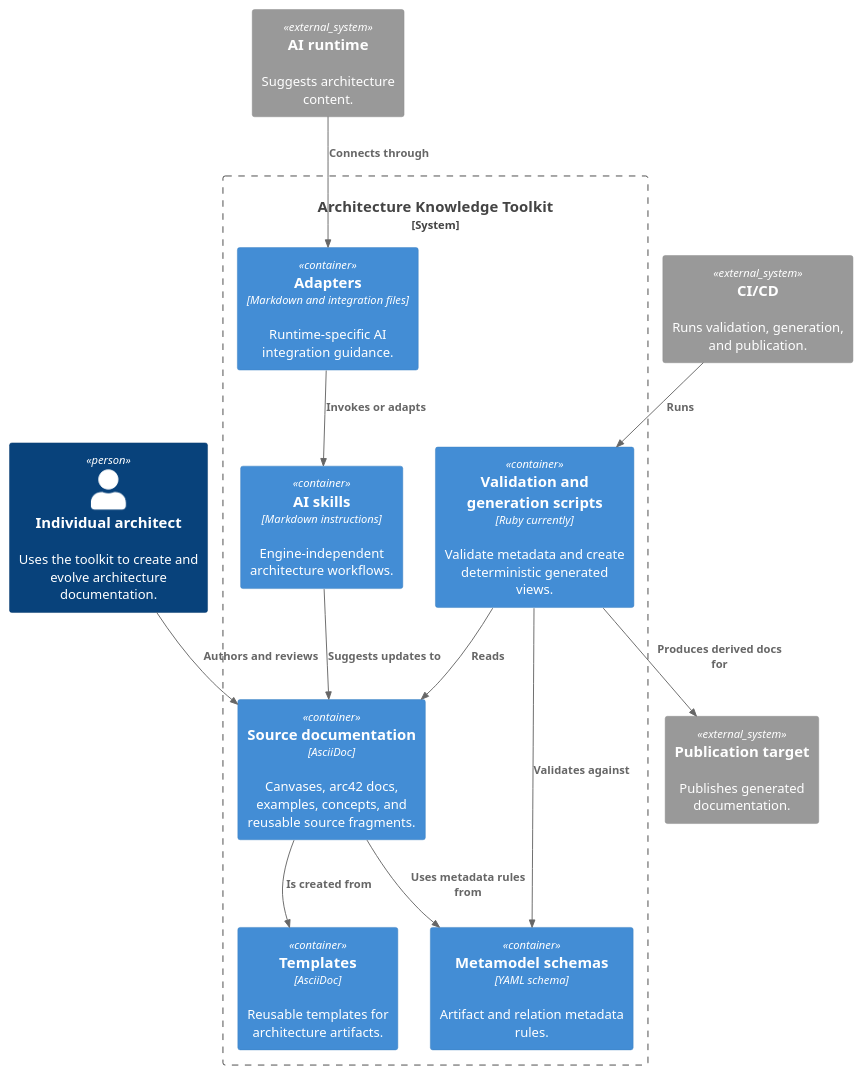
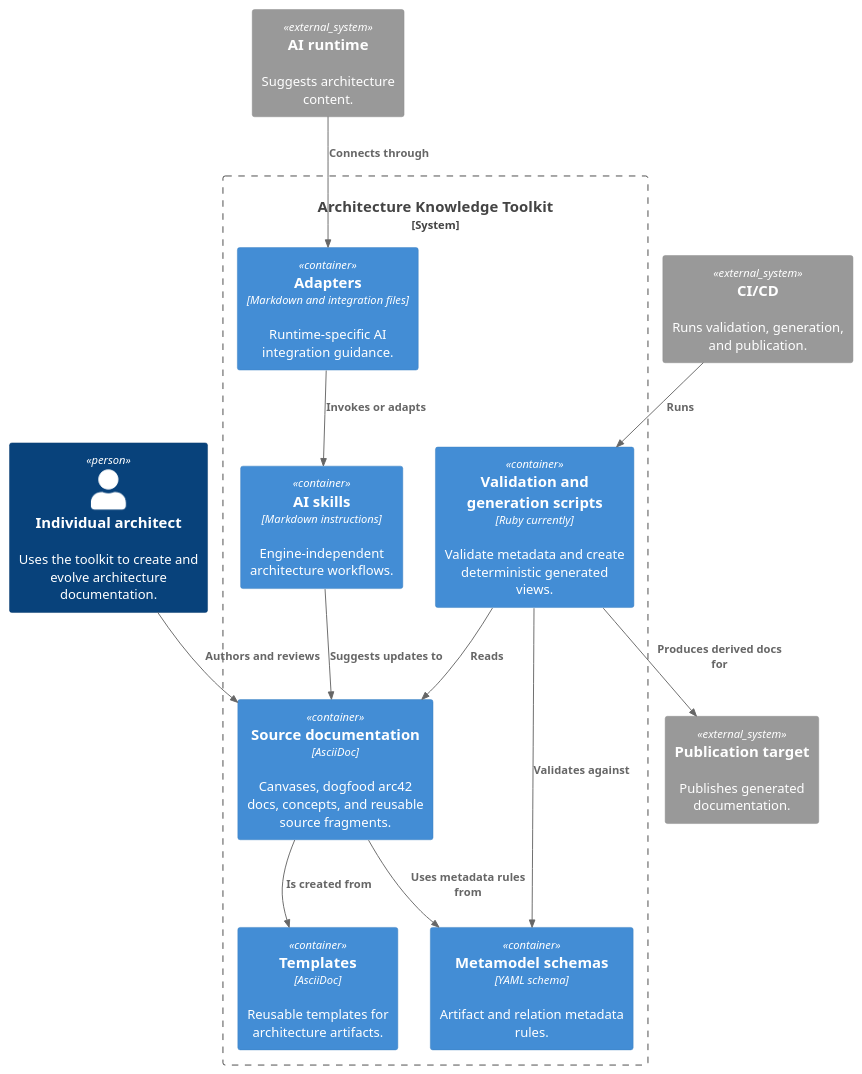
The diagram in src/docs/arc42/05-building-block-view/level-1.adoc (docs-as-code-toolkit/architecture-knowledge-toolkit), drawn with PlantUML before and after one commit. The commit also changed other lines of this file and 22 other files, not shown here.

Commit message:
Example exchanged with own arc42 doc as dogfood (example)

```diff
--- a/src/docs/arc42/05-building-block-view/level-1.adoc
+++ b/src/docs/arc42/05-building-block-view/level-1.adoc
@@ -24,30 +24,30 @@
 [plantuml,arc42-building-block-level-1,svg]
 ----
 @startuml
 !include <C4/C4_Container>
 
 Person(architect, "Individual architect", "Uses the toolkit to create and evolve architecture documentation.")
 System_Boundary(toolkit, "Architecture Knowledge Toolkit") {
-  Container(sourceDocs, "Source documentation", "AsciiDoc", "Canvases, arc42 docs, examples, concepts, and reusable source fragments.")
+  Container(sourceDocs, "Source documentation", "AsciiDoc", "Canvases, dogfood arc42 docs, concepts, and reusable source fragments.")
   Container(metamodel, "Metamodel schemas", "YAML schema", "Artifact and relation metadata rules.")
   Container(templates, "Templates", "AsciiDoc", "Reusable templates for architecture artifacts.")
   Container(skills, "AI skills", "Markdown instructions", "Engine-independent architecture workflows.")
   Container(scripts, "Validation and generation scripts", "Ruby currently", "Validate metadata and create deterministic generated views.")
   Container(adapters, "Adapters", "Markdown and integration files", "Runtime-specific AI integration guidance.")
 }
 System_Ext(aiRuntime, "AI runtime", "Suggests architecture content.")
 System_Ext(ci, "CI/CD", "Runs validation, generation, and publication.")
 System_Ext(publishing, "Publication target", "Publishes generated documentation.")
 
 Rel(architect, sourceDocs, "Authors and reviews")
 Rel(sourceDocs, metamodel, "Uses metadata rules from")
 Rel(sourceDocs, templates, "Is created from")
 Rel(skills, sourceDocs, "Suggests updates to")
 Rel(adapters, skills, "Invokes or adapts")
 Rel(scripts, sourceDocs, "Reads")
 Rel(scripts, metamodel, "Validates against")
 Rel(scripts, publishing, "Produces derived docs for")
 Rel(ci, scripts, "Runs")
 Rel(aiRuntime, adapters, "Connects through")
 @enduml
 ----
```
